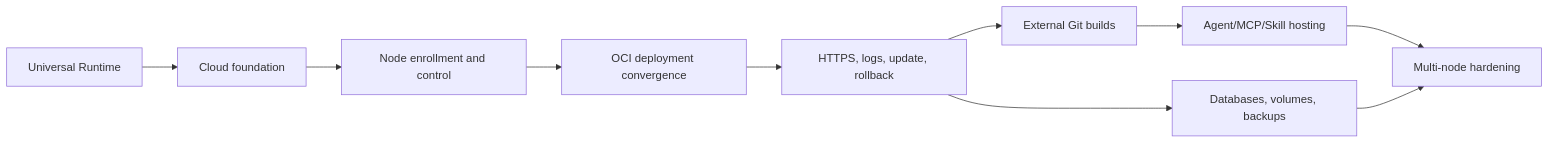
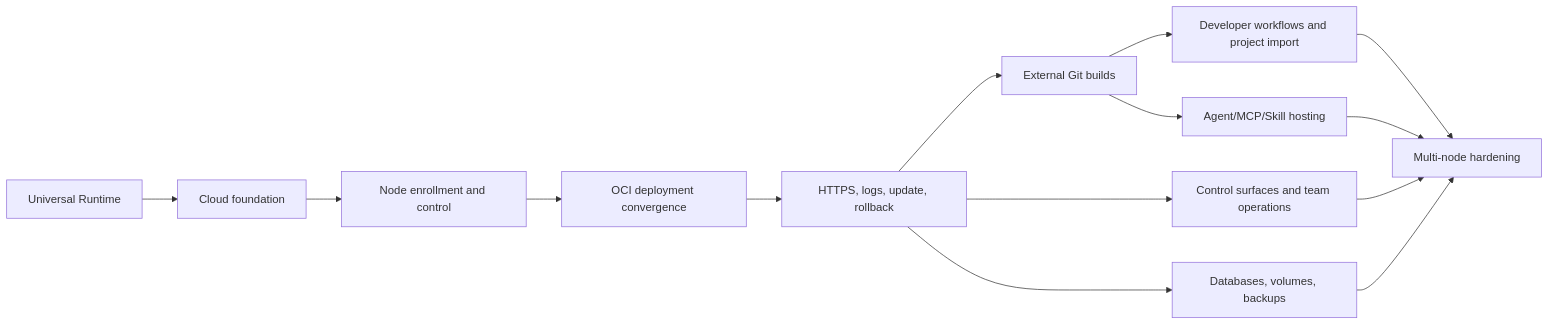
One commit to A3S-Lab/Cloud changed the diagram in docs/development-plan.md. Above: the diagram before and after it, drawn with Mermaid. The commit also changed other lines of this file and 10 other files, not shown here.

Commit message:
feat: standardize Cloud configuration and roadmap

````diff
--- a/docs/development-plan.md
+++ b/docs/development-plan.md
@@ -42,12 +64,16 @@
 ```mermaid
 flowchart LR
     R0[Universal Runtime] --> F0[Cloud foundation]
     F0 --> N0[Node enrollment and control]
     N0 --> D0[OCI deployment convergence]
     D0 --> E0[HTTPS, logs, update, rollback]
     E0 --> G0[External Git builds]
+    E0 --> C0[Control surfaces and team operations]
+    G0 --> P0[Developer workflows and project import]
     G0 --> A0[Agent/MCP/Skill hosting]
     E0 --> S0[Databases, volumes, backups]
+    P0 --> H0[Multi-node hardening]
+    C0 --> H0
     A0 --> H0[Multi-node hardening]
     S0 --> H0
 ```
````
